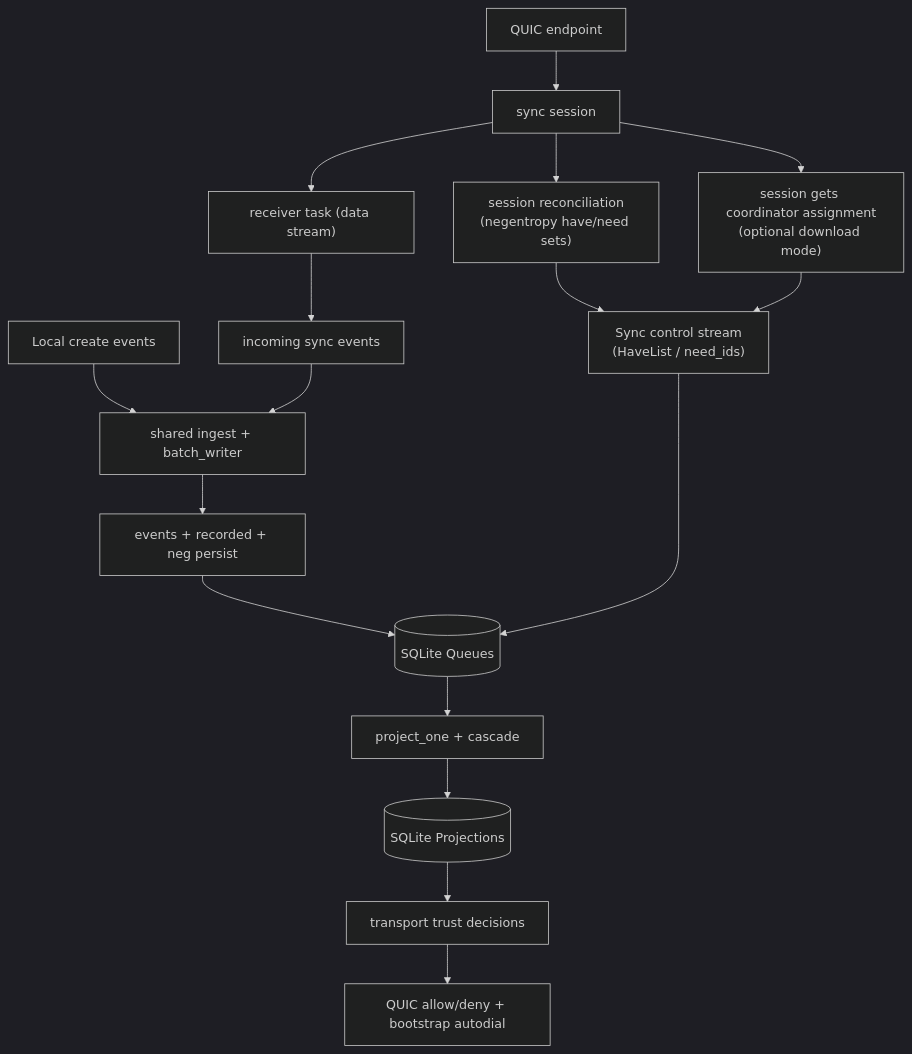
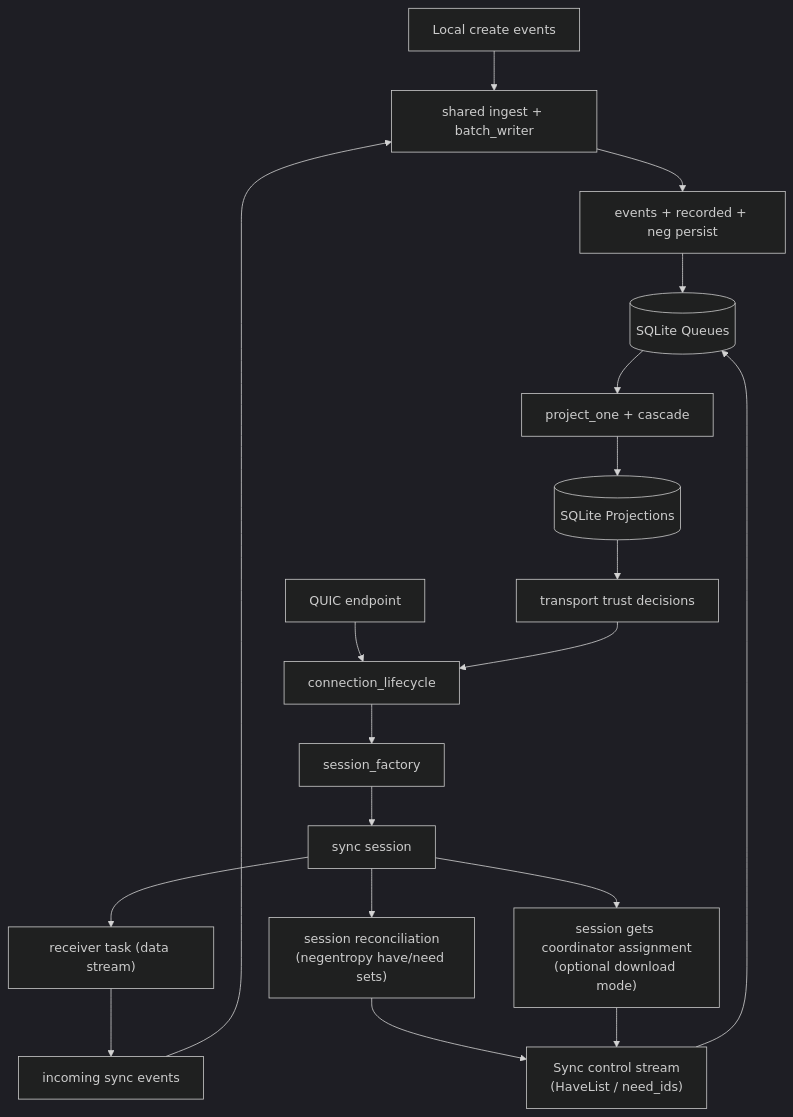
The seventh of 7 diagrams in docs/CURRENT_RUNTIME_DIAGRAM.md (holmesworcester/topo), drawn with Mermaid (dark theme) before and after one commit. The commit also changed other lines of this file, not shown here.

Commit message:
Update runtime diagram drafts for transport capsule boundary

````diff
--- a/docs/CURRENT_RUNTIME_DIAGRAM.md
+++ b/docs/CURRENT_RUNTIME_DIAGRAM.md
@@ -169,22 +217,26 @@
 ```mermaid
 flowchart TD
     LOCAL["Local create events"] --> INGEST["shared ingest + batch_writer"]
 
-    QUIC["QUIC endpoint"] --> SESS["sync session"]
+    QEP["QUIC endpoint"] --> LIFE["connection_lifecycle"]
+    LIFE --> FACT["session_factory"]
+    FACT --> SESS["sync session"]
+
     SESS --> RECV["receiver task (data stream)"]
     RECV --> INCOMING["incoming sync events"]
     INCOMING --> INGEST
 
     SESS --> NEG["session reconciliation\n(negentropy have/need sets)"]
     SESS --> COORD_IN["session gets coordinator assignment\n(optional download mode)"]
     NEG --> CTRL["Sync control stream\n(HaveList / need_ids)"]
     COORD_IN --> CTRL
 
     INGEST --> STORE["events + recorded + neg persist"]
     STORE --> QDB[("SQLite Queues")]
     CTRL --> QDB
     QDB --> APPLY["project_one + cascade"]
     APPLY --> PDB[("SQLite Projections")]
+
     PDB --> TRUST["transport trust decisions"]
-    TRUST --> NET["QUIC allow/deny + bootstrap autodial"]
+    TRUST --> LIFE
 ```
````
